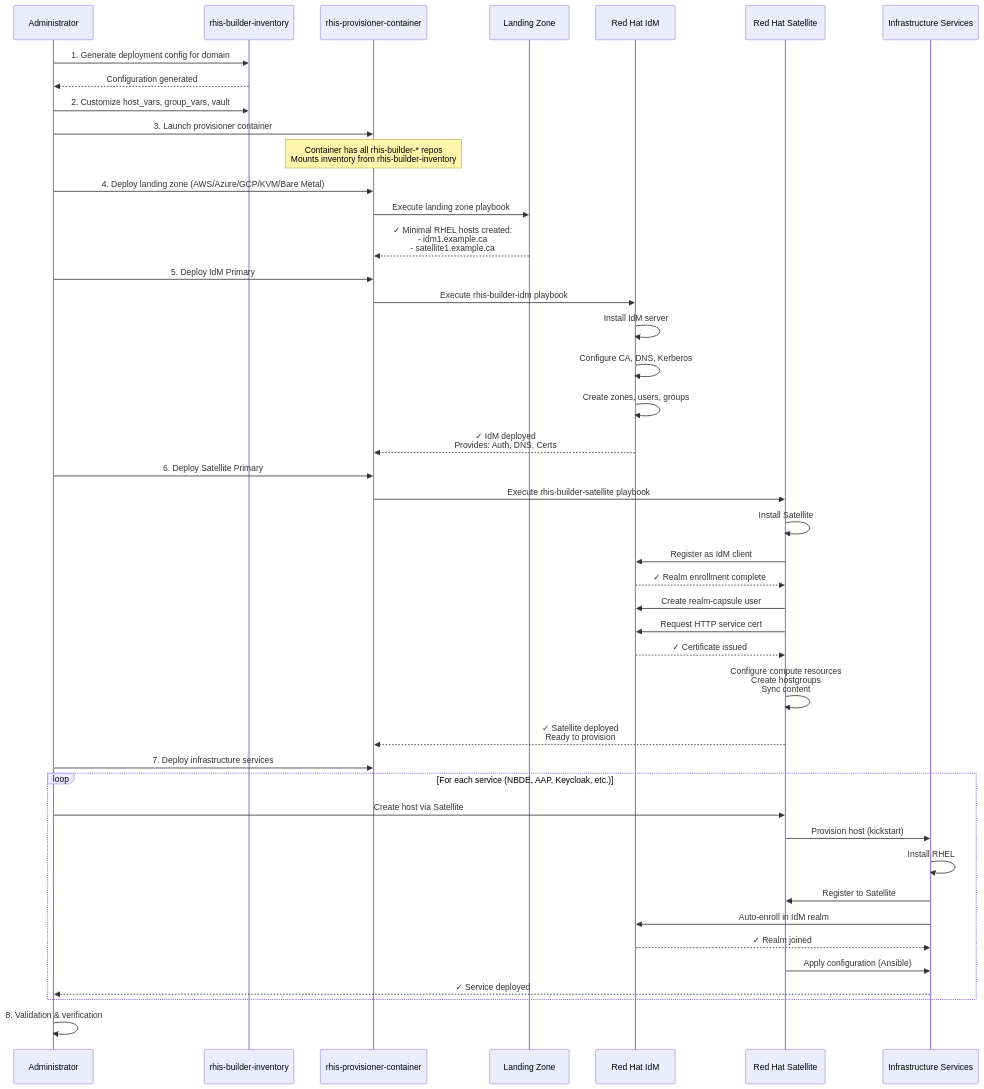
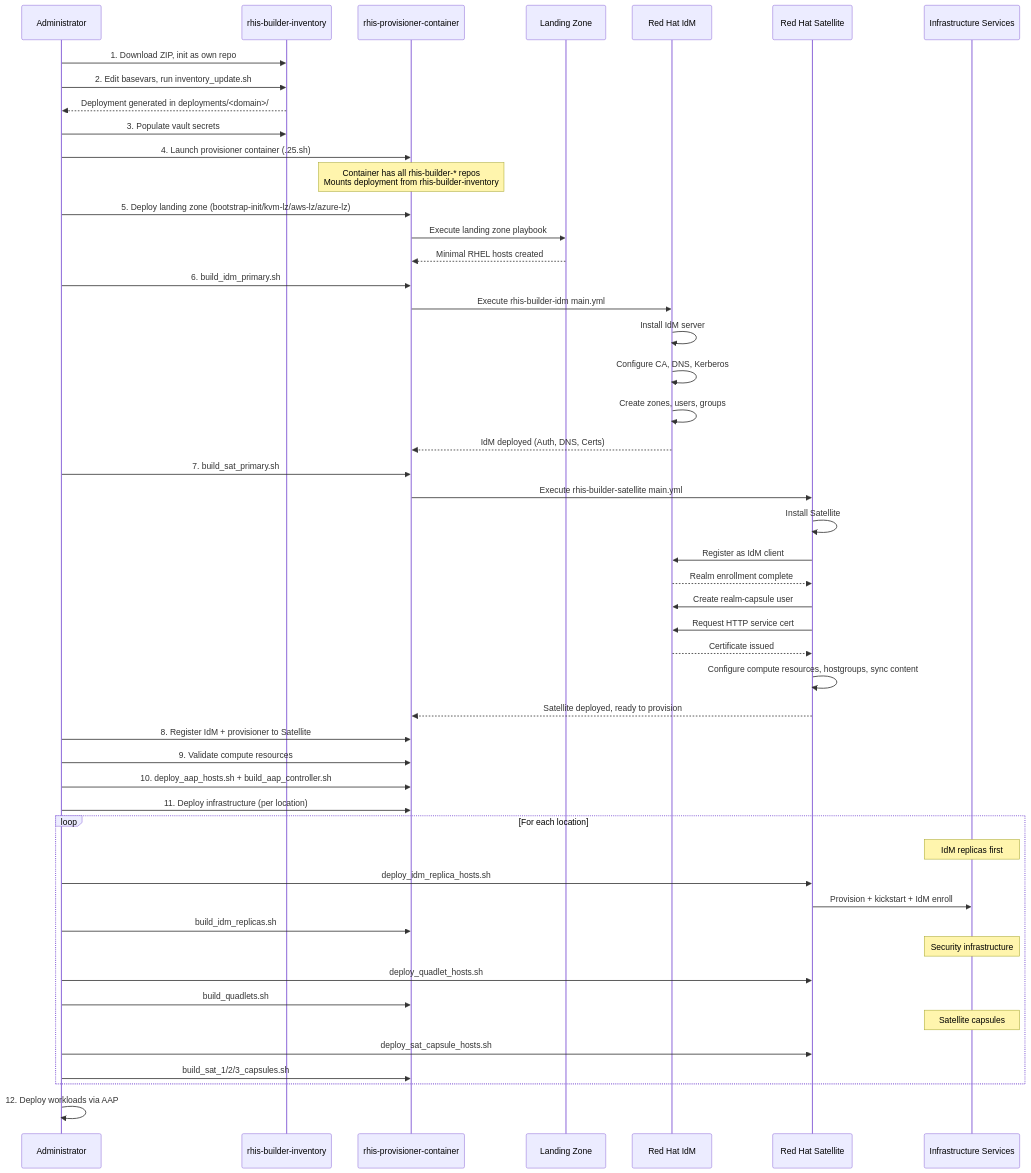
One commit to parmstro/rhis-architecture changed the diagram in diagrams/02-deployment-flow.md. Above: the diagram before and after it, drawn with Mermaid. The commit also changed other lines of this file and 17 other files, not shown here.

First line of the commit message:
docs: rewrite all architecture documentation from verified ground truth

````diff
--- a/diagrams/02-deployment-flow.md
+++ b/diagrams/02-deployment-flow.md
@@ -5,55 +10,66 @@
 ```mermaid
 sequenceDiagram
     participant Admin as Administrator
     participant Inv as rhis-builder-inventory
     participant Cont as rhis-provisioner-container
     participant LZ as Landing Zone
     participant IdM as Red Hat IdM
     participant Sat as Red Hat Satellite
     participant Svc as Infrastructure Services
 
-    Admin->>Inv: 1. Generate deployment config for domain
-    Inv-->>Admin: Configuration generated
+    Admin->>Inv: 1. Download ZIP, init as own repo
+    Admin->>Inv: 2. Edit basevars, run inventory_update.sh
+    Inv-->>Admin: Deployment generated in deployments/<domain>/
 
-    Admin->>Inv: 2. Customize host_vars, group_vars, vault
+    Admin->>Inv: 3. Populate vault secrets
     
-    Admin->>Cont: 3. Launch provisioner container
-    Note over Cont: Container has all rhis-builder-* repos<br/>Mounts inventory from rhis-builder-inventory
+    Admin->>Cont: 4. Launch provisioner container (.25.sh)
+    Note over Cont: Container has all rhis-builder-* repos<br/>Mounts deployment from rhis-builder-inventory
     
-    Admin->>Cont: 4. Deploy landing zone (AWS/Azure/GCP/KVM/Bare Metal)
+    Admin->>Cont: 5. Deploy landing zone (bootstrap-init/kvm-lz/aws-lz/azure-lz)
     Cont->>LZ: Execute landing zone playbook
-    LZ-->>Cont: ✓ Minimal RHEL hosts created:<br/>- idm1.example.ca<br/>- satellite1.example.ca
+    LZ-->>Cont: Minimal RHEL hosts created
     
-    Admin->>Cont: 5. Deploy IdM Primary
-    Cont->>IdM: Execute rhis-builder-idm playbook
+    Admin->>Cont: 6. build_idm_primary.sh
+    Cont->>IdM: Execute rhis-builder-idm main.yml
     IdM->>IdM: Install IdM server
     IdM->>IdM: Configure CA, DNS, Kerberos
     IdM->>IdM: Create zones, users, groups
-    IdM-->>Cont: ✓ IdM deployed<br/>Provides: Auth, DNS, Certs
+    IdM-->>Cont: IdM deployed (Auth, DNS, Certs)
     
-    Admin->>Cont: 6. Deploy Satellite Primary
-    Cont->>Sat: Execute rhis-builder-satellite playbook
+    Admin->>Cont: 7. build_sat_primary.sh
+    Cont->>Sat: Execute rhis-builder-satellite main.yml
     Sat->>Sat: Install Satellite
     Sat->>IdM: Register as IdM client
-    IdM-->>Sat: ✓ Realm enrollment complete
+    IdM-->>Sat: Realm enrollment complete
     Sat->>IdM: Create realm-capsule user
     Sat->>IdM: Request HTTP service cert
-    IdM-->>Sat: ✓ Certificate issued
-    Sat->>Sat: Configure compute resources<br/>Create hostgroups<br/>Sync content
-    Sat-->>Cont: ✓ Satellite deployed<br/>Ready to provision
+    IdM-->>Sat: Certificate issued
+    Sat->>Sat: Configure compute resources, hostgroups, sync content
+    Sat-->>Cont: Satellite deployed, ready to provision
+
+    Admin->>Cont: 8. Register IdM + provisioner to Satellite
+
+    Admin->>Cont: 9. Validate compute resources
     
-    Admin->>Cont: 7. Deploy infrastructure services
+    Admin->>Cont: 10. deploy_aap_hosts.sh + build_aap_controller.sh
     
-    loop For each service (NBDE, AAP, Keycloak, etc.)
-        Admin->>Sat: Create host via Satellite
-        Sat->>Svc: Provision host (kickstart)
-        Svc->>Svc: Install RHEL
-        Svc->>Sat: Register to Satellite
-        Svc->>IdM: Auto-enroll in IdM realm
-        IdM-->>Svc: ✓ Realm joined
-        Sat->>Svc: Apply configuration (Ansible)
-        Svc-->>Admin: ✓ Service deployed
+    Admin->>Cont: 11. Deploy infrastructure (per location)
+    
+    loop For each location
+        Note over Svc: IdM replicas first
+        Admin->>Sat: deploy_idm_replica_hosts.sh
+        Sat->>Svc: Provision + kickstart + IdM enroll
+        Admin->>Cont: build_idm_replicas.sh
+        
+        Note over Svc: Security infrastructure
+        Admin->>Sat: deploy_quadlet_hosts.sh
+        Admin->>Cont: build_quadlets.sh
+        
+        Note over Svc: Satellite capsules
+        Admin->>Sat: deploy_sat_capsule_hosts.sh
+        Admin->>Cont: build_sat_1/2/3_capsules.sh
     end
     
-    Admin->>Admin: 8. Validation & verification
+    Admin->>Admin: 12. Deploy workloads via AAP
 ```
````
